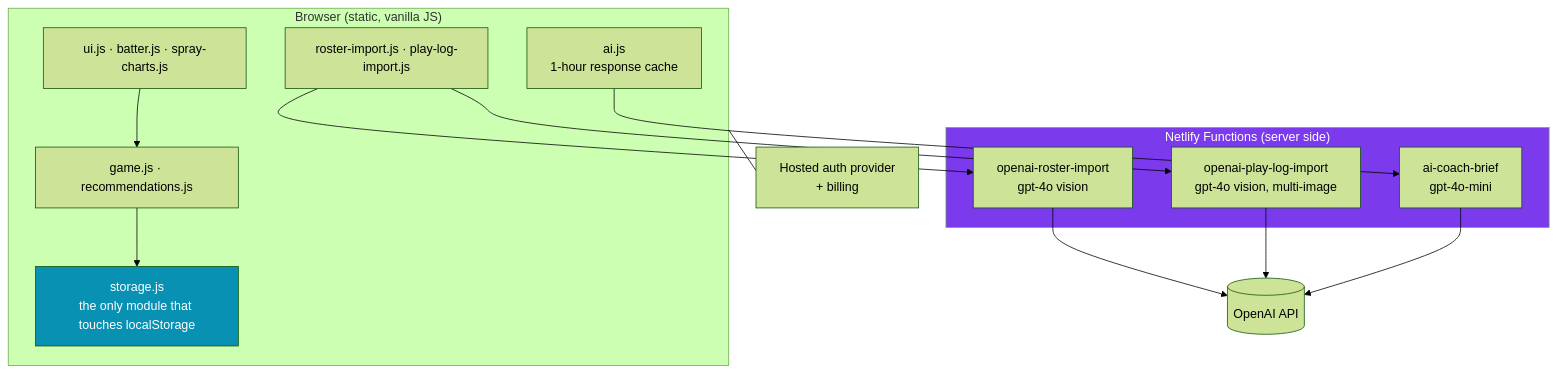
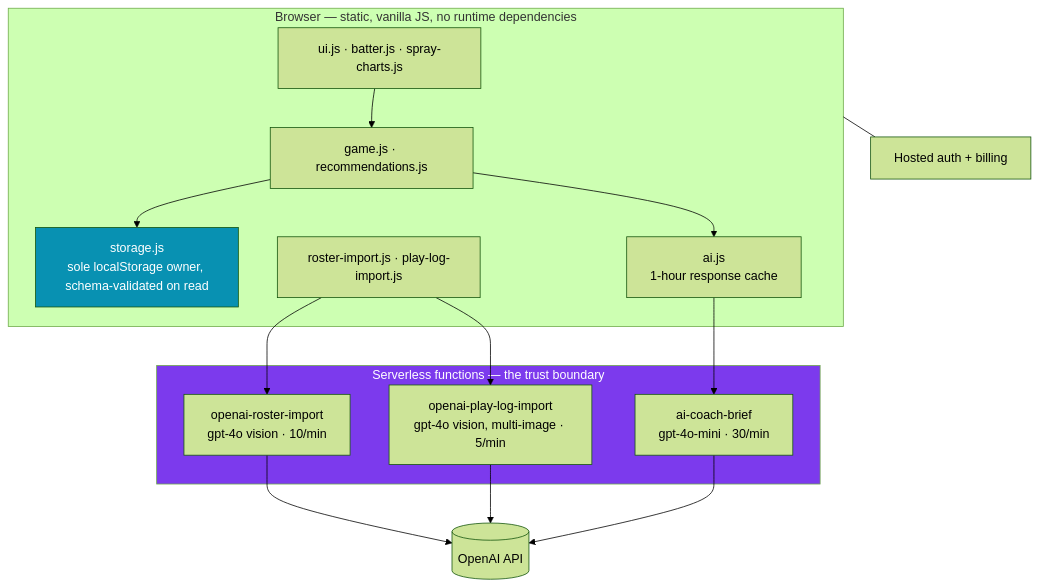
Before and after one commit to JosephSReyes/defensive-positioning-assistant: the diagram in README.md, drawn with Mermaid (forest theme). The commit also changed other lines of this file and 4 other files, not shown here.

First line of the commit message:
chore: reframe public documentation as an architecture case study

````diff
--- a/README.md
+++ b/README.md
@@ -24,28 +50,29 @@
 ```mermaid
 flowchart TB
-    subgraph CLIENT["Browser (static, vanilla JS)"]
+    subgraph CLIENT["Browser — static, vanilla JS, no runtime dependencies"]
         UI["ui.js · batter.js · spray-charts.js"]
         GAME["game.js · recommendations.js"]
-        STORE["storage.js<br/>the only module that touches localStorage"]
+        STORE["storage.js<br/>sole localStorage owner, schema-validated on read"]
         AI["ai.js<br/>1-hour response cache"]
         IMP["roster-import.js · play-log-import.js"]
     end
-    subgraph FUNCS["Netlify Functions (server side)"]
-        F1["openai-roster-import<br/>gpt-4o vision"]
-        F2["openai-play-log-import<br/>gpt-4o vision, multi-image"]
-        F3["ai-coach-brief<br/>gpt-4o-mini"]
+    subgraph FUNCS["Serverless functions — the trust boundary"]
+        F1["openai-roster-import<br/>gpt-4o vision · 10/min"]
+        F2["openai-play-log-import<br/>gpt-4o vision, multi-image · 5/min"]
+        F3["ai-coach-brief<br/>gpt-4o-mini · 30/min"]
     end
-    AUTH["Hosted auth provider<br/>+ billing"]
+    AUTH["Hosted auth + billing"]
 
     UI --> GAME --> STORE
+    GAME --> AI
     IMP --> F1
     IMP --> F2
     AI --> F3
     F1 --> API[("OpenAI API")]
     F2 --> API
     F3 --> API
     CLIENT --- AUTH
 
     style FUNCS fill:#7c3aed,color:#fff
     style STORE fill:#0891b2,color:#fff
 ```
````
